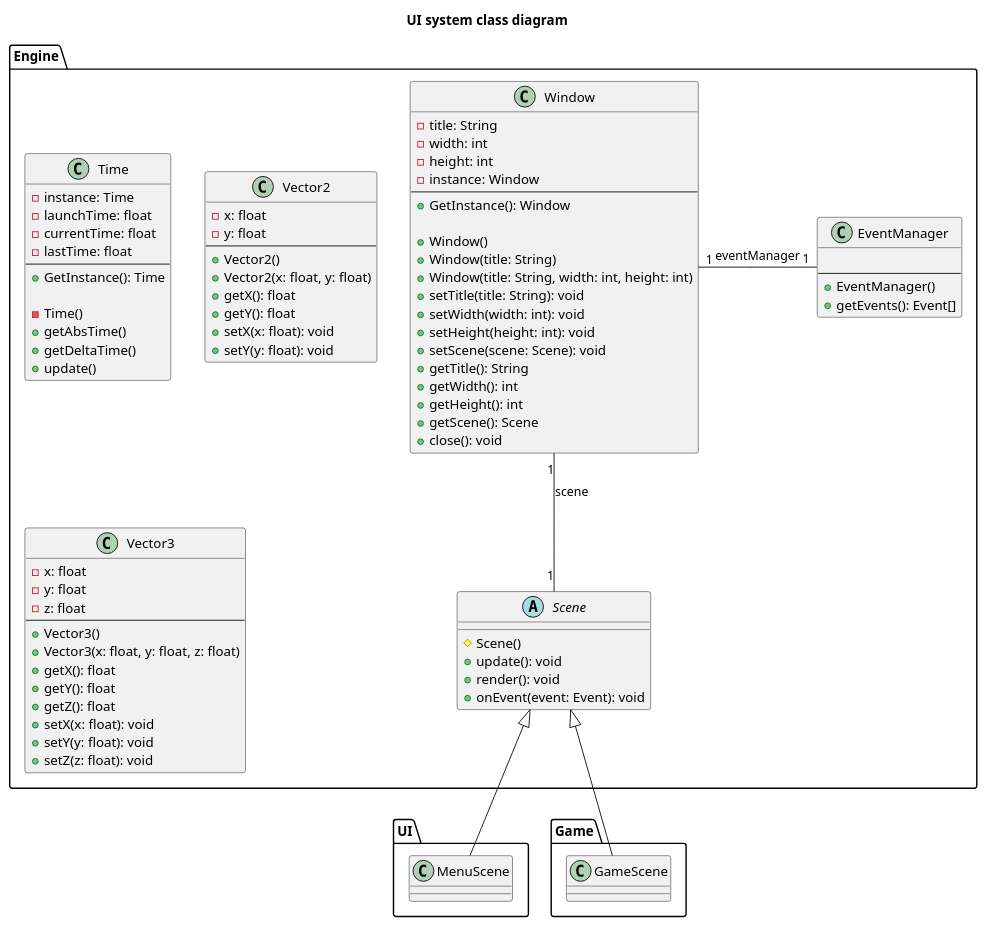
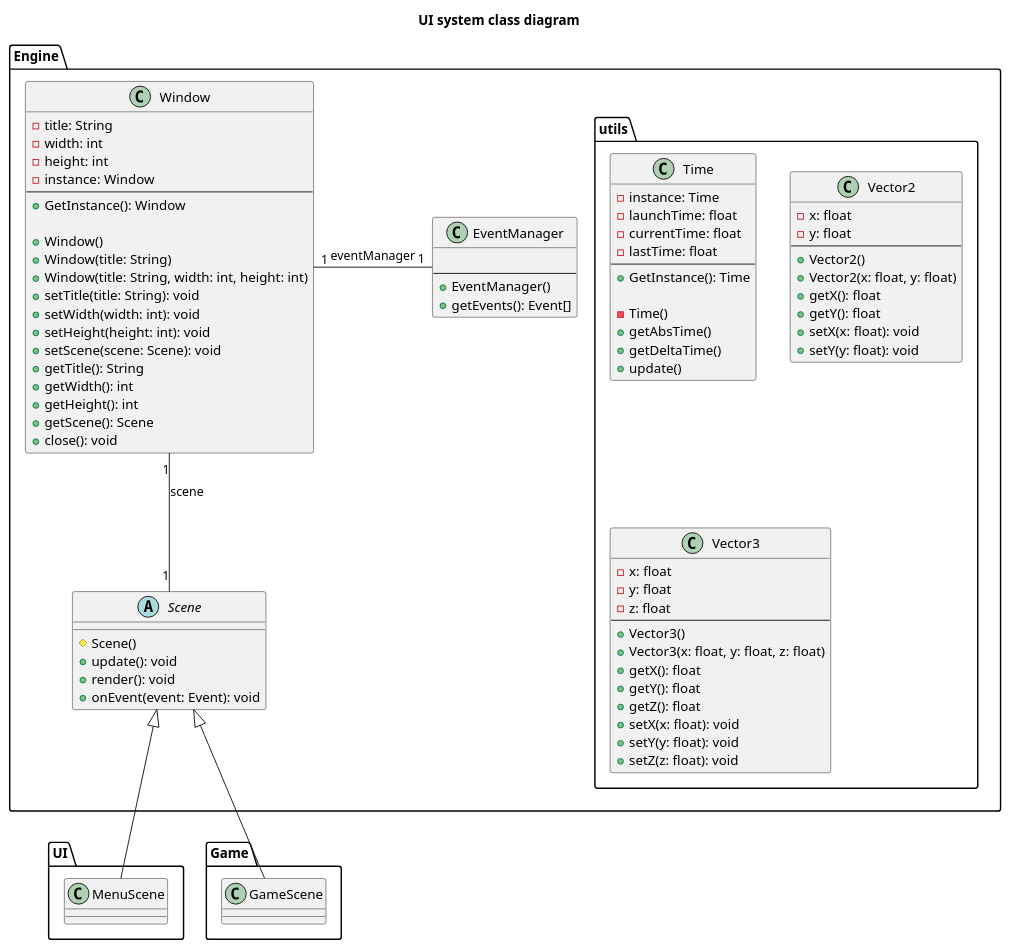
Before and after one commit to toxicbloud/ACL-2023-MazeOfMadness: the diagram in sprints/sprint1/diagrammes/Engine.puml, drawn with PlantUML. The commit also changed 1 other file, not shown here.

Commit message:
updated diagrams

```diff
--- a/sprints/sprint1/diagrammes/Engine.puml
+++ b/sprints/sprint1/diagrammes/Engine.puml
@@ -1,96 +1,98 @@
 @startuml
 title UI system class diagram
 
 package UI {
     class MenuScene
 }
 
 package Engine {
     class Window {
         - title: String
         - width: int
         - height: int
         - instance: Window
         ---
         + GetInstance(): Window
 
         + Window()
         + Window(title: String)
         + Window(title: String, width: int, height: int)
         + setTitle(title: String): void
         + setWidth(width: int): void
         + setHeight(height: int): void
         + setScene(scene: Scene): void
         + getTitle(): String
         + getWidth(): int
         + getHeight(): int
         + getScene(): Scene
         + close(): void
     }
 
     abstract Scene {
         # Scene()
         + update(): void
         + render(): void
         + onEvent(event: Event): void
     }
 
     class EventManager {
         
         ---
         + EventManager()
         + getEvents(): Event[]
     }
 
-    class Time {
-        - instance: Time
-        - launchTime: float
-        - currentTime: float
-        - lastTime: float
-        ---
-        + GetInstance(): Time
+    package utils {
+        class Time {
+            - instance: Time
+            - launchTime: float
+            - currentTime: float
+            - lastTime: float
+            ---
+            + GetInstance(): Time
 
-        - Time()
-        + getAbsTime()
-        + getDeltaTime()
-        + update()
-    }
+            - Time()
+            + getAbsTime()
+            + getDeltaTime()
+            + update()
+        }
 
-    class Vector2 {
-        - x: float
-        - y: float
-        ---
-        + Vector2()
-        + Vector2(x: float, y: float)
-        + getX(): float
-        + getY(): float
-        + setX(x: float): void
-        + setY(y: float): void
-    }
+        class Vector2 {
+            - x: float
+            - y: float
+            ---
+            + Vector2()
+            + Vector2(x: float, y: float)
+            + getX(): float
+            + getY(): float
+            + setX(x: float): void
+            + setY(y: float): void
+        }
 
-    class Vector3 {
-        - x: float
-        - y: float
-        - z: float
-        ---
-        + Vector3()
-        + Vector3(x: float, y: float, z: float)
-        + getX(): float
-        + getY(): float
-        + getZ(): float
-        + setX(x: float): void
-        + setY(y: float): void
-        + setZ(z: float): void
+        class Vector3 {
+            - x: float
+            - y: float
+            - z: float
+            ---
+            + Vector3()
+            + Vector3(x: float, y: float, z: float)
+            + getX(): float
+            + getY(): float
+            + getZ(): float
+            + setX(x: float): void
+            + setY(y: float): void
+            + setZ(z: float): void
+        }
     }
 }
 
 package Game {
     class GameScene
 }
 
 Window "1" -down- "1" Scene: scene
 Window "1" -right- "1" EventManager: eventManager
 MenuScene -up-|> Scene
 GameScene -up-|> Scene
 
 @enduml
```
